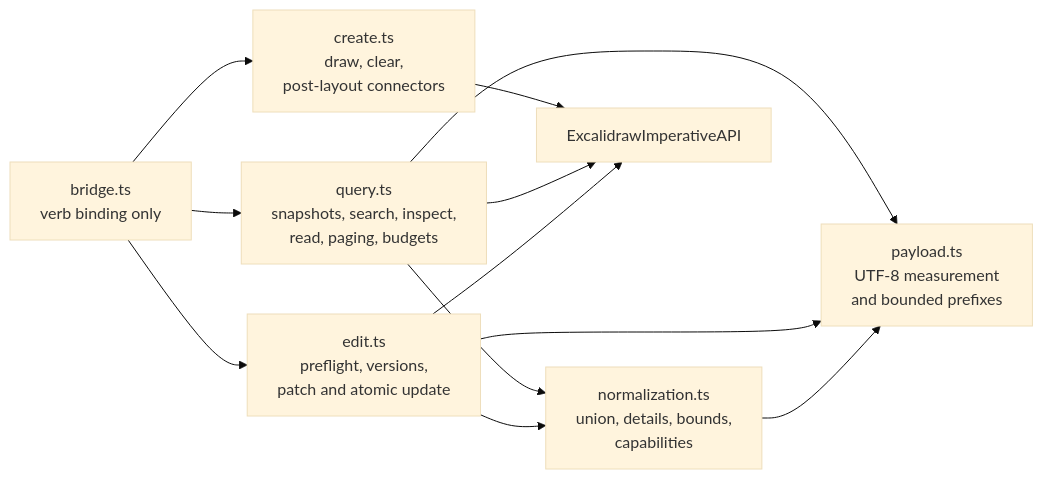
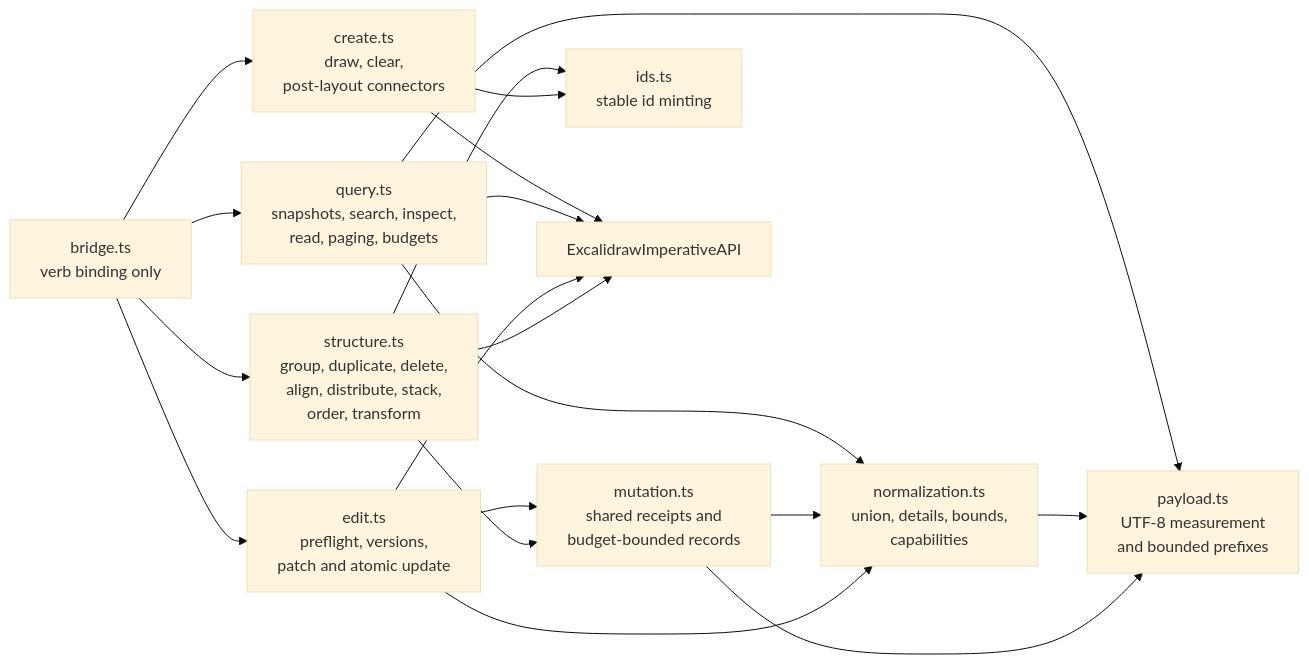
Before and after one commit to NNTin/tinytinkerer: the sixth of 10 diagrams in docs/app-harness.md, drawn with Mermaid (base theme). The commit also changed other lines of this file and 15 other files, not shown here.

````diff
--- a/docs/app-harness.md
+++ b/docs/app-harness.md
@@ -354,19 +374,28 @@
 ```mermaid
 flowchart LR
   bridge["bridge.ts<br/>verb binding only"]
   create["create.ts<br/>draw, clear,<br/>post-layout connectors"]
   query["query.ts<br/>snapshots, search, inspect,<br/>read, paging, budgets"]
   normalization["normalization.ts<br/>union, details, bounds,<br/>capabilities"]
   edit["edit.ts<br/>preflight, versions,<br/>patch and atomic update"]
+  structure["structure.ts<br/>group, duplicate, delete,<br/>align, distribute, stack,<br/>order, transform"]
+  mutation["mutation.ts<br/>shared receipts and<br/>budget-bounded records"]
+  ids["ids.ts<br/>stable id minting"]
   payload["payload.ts<br/>UTF-8 measurement<br/>and bounded prefixes"]
   api["ExcalidrawImperativeAPI"]
 
   bridge --> create --> api
   bridge --> query --> api
   query --> normalization
   query --> payload
   bridge --> edit --> api
+  edit --> mutation
+  bridge --> structure --> api
+  structure --> mutation
+  structure --> ids
+  create --> ids
+  mutation --> normalization
   edit --> normalization
-  edit --> payload
   normalization --> payload
+  mutation --> payload
 ```
````
